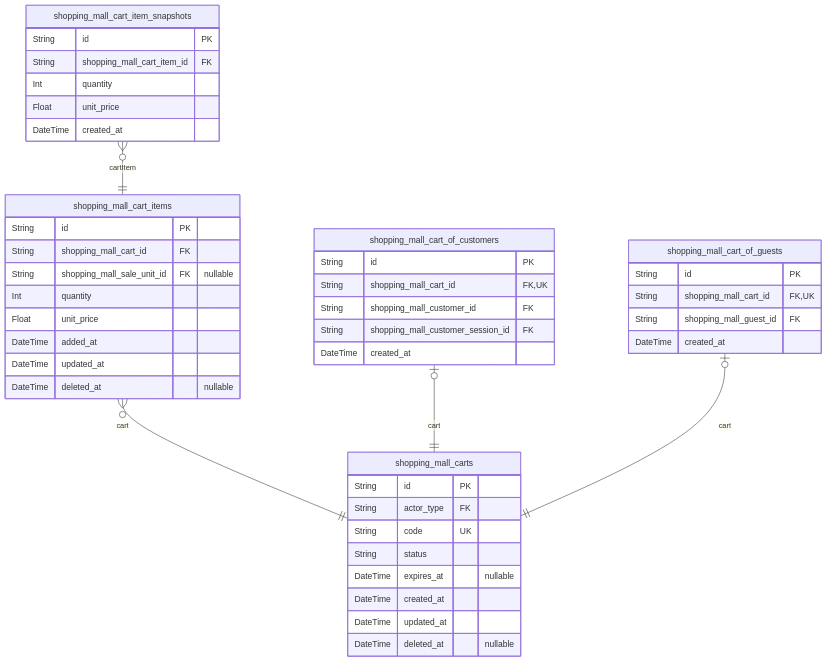
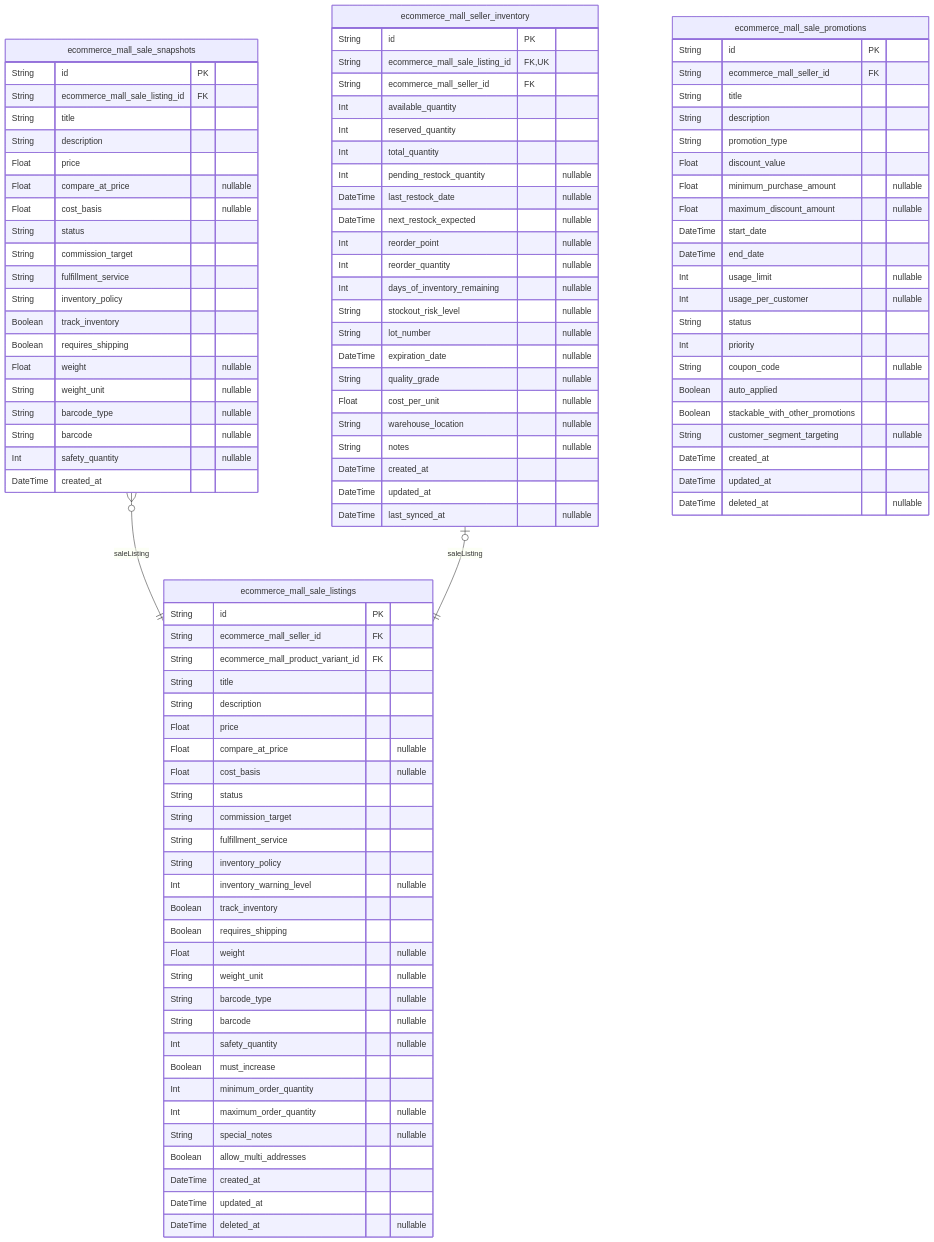
One commit to wrtnlabs/autobe-examples changed the fourth of 11 diagrams in moonshotai/kimi-k2-0905-exacto/shopping/docs/ERD.md. Above: the diagram before and after it, drawn with Mermaid. The commit also changed other lines of this file and 3761 other files, not shown here.

````diff
--- a/moonshotai/kimi-k2-0905-exacto/shopping/docs/ERD.md
+++ b/moonshotai/kimi-k2-0905-exacto/shopping/docs/ERD.md
@@ -669,47 +1110,103 @@
 ```mermaid
 erDiagram
-"shopping_mall_carts" {
+"ecommerce_mall_sale_listings" {
   String id PK
-  String actor_type FK
-  String code UK
+  String ecommerce_mall_seller_id FK
+  String ecommerce_mall_product_variant_id FK
+  String title
+  String description
+  Float price
+  Float compare_at_price "nullable"
+  Float cost_basis "nullable"
   String status
-  DateTime expires_at "nullable"
+  String commission_target
+  String fulfillment_service
+  String inventory_policy
+  Int inventory_warning_level "nullable"
+  Boolean track_inventory
+  Boolean requires_shipping
+  Float weight "nullable"
+  String weight_unit "nullable"
+  String barcode_type "nullable"
+  String barcode "nullable"
+  Int safety_quantity "nullable"
+  Boolean must_increase
+  Int minimum_order_quantity
+  Int maximum_order_quantity "nullable"
+  String special_notes "nullable"
+  Boolean allow_multi_addresses
   DateTime created_at
   DateTime updated_at
   DateTime deleted_at "nullable"
 }
-"shopping_mall_cart_items" {
+"ecommerce_mall_sale_snapshots" {
   String id PK
-  String shopping_mall_cart_id FK
-  String shopping_mall_sale_unit_id FK "nullable"
-  Int quantity
-  Float unit_price
-  DateTime added_at
+  String ecommerce_mall_sale_listing_id FK
+  String title
+  String description
+  Float price
+  Float compare_at_price "nullable"
+  Float cost_basis "nullable"
+  String status
+  String commission_target
+  String fulfillment_service
+  String inventory_policy
+  Boolean track_inventory
+  Boolean requires_shipping
+  Float weight "nullable"
+  String weight_unit "nullable"
+  String barcode_type "nullable"
+  String barcode "nullable"
+  Int safety_quantity "nullable"
+  DateTime created_at
+}
+"ecommerce_mall_seller_inventory" {
+  String id PK
+  String ecommerce_mall_sale_listing_id FK,UK
+  String ecommerce_mall_seller_id FK
+  Int available_quantity
+  Int reserved_quantity
+  Int total_quantity
+  Int pending_restock_quantity "nullable"
+  DateTime last_restock_date "nullable"
+  DateTime next_restock_expected "nullable"
+  Int reorder_point "nullable"
+  Int reorder_quantity "nullable"
+  Int days_of_inventory_remaining "nullable"
+  String stockout_risk_level "nullable"
+  String lot_number "nullable"
+  DateTime expiration_date "nullable"
+  String quality_grade "nullable"
+  Float cost_per_unit "nullable"
+  String warehouse_location "nullable"
+  String notes "nullable"
+  DateTime created_at
+  DateTime updated_at
+  DateTime last_synced_at "nullable"
+}
+"ecommerce_mall_sale_promotions" {
+  String id PK
+  String ecommerce_mall_seller_id FK
+  String title
+  String description
+  String promotion_type
+  Float discount_value
+  Float minimum_purchase_amount "nullable"
+  Float maximum_discount_amount "nullable"
+  DateTime start_date
+  DateTime end_date
+  Int usage_limit "nullable"
+  Int usage_per_customer "nullable"
+  String status
+  Int priority
+  String coupon_code "nullable"
+  Boolean auto_applied
+  Boolean stackable_with_other_promotions
+  String customer_segment_targeting "nullable"
+  DateTime created_at
   DateTime updated_at
   DateTime deleted_at "nullable"
 }
-"shopping_mall_cart_of_customers" {
-  String id PK
-  String shopping_mall_cart_id FK,UK
-  String shopping_mall_customer_id FK
-  String shopping_mall_customer_session_id FK
-  DateTime created_at
-}
-"shopping_mall_cart_of_guests" {
-  String id PK
-  String shopping_mall_cart_id FK,UK
-  String shopping_mall_guest_id FK
-  DateTime created_at
-}
-"shopping_mall_cart_item_snapshots" {
-  String id PK
-  String shopping_mall_cart_item_id FK
-  Int quantity
-  Float unit_price
-  DateTime created_at
-}
-"shopping_mall_cart_items" }o--|| "shopping_mall_carts" : cart
-"shopping_mall_cart_of_customers" |o--|| "shopping_mall_carts" : cart
-"shopping_mall_cart_of_guests" |o--|| "shopping_mall_carts" : cart
-"shopping_mall_cart_item_snapshots" }o--|| "shopping_mall_cart_items" : cartItem
+"ecommerce_mall_sale_snapshots" }o--|| "ecommerce_mall_sale_listings" : saleListing
+"ecommerce_mall_seller_inventory" |o--|| "ecommerce_mall_sale_listings" : saleListing
 ```
````
